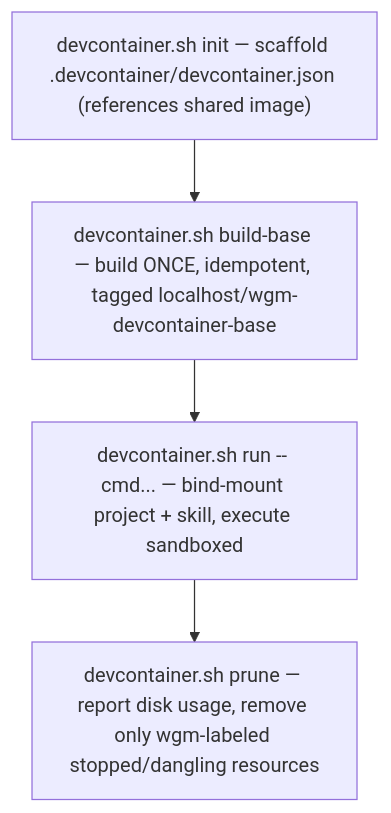
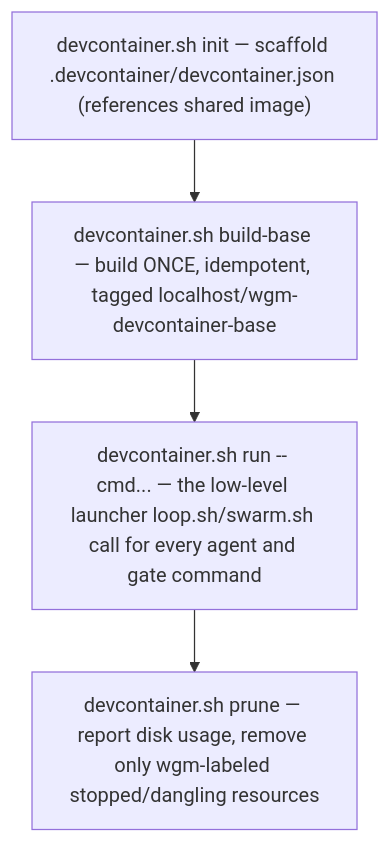
One commit to agent-frontier/wgm changed the diagram in docs/operator/devcontainers.md. Above: the diagram before and after it, drawn with Mermaid. The commit also changed other lines of this file and 17 other files, not shown here.

````diff
--- a/docs/operator/devcontainers.md
+++ b/docs/operator/devcontainers.md
@@ -31,7 +325,7 @@
 ```mermaid
 flowchart TD
   I["devcontainer.sh init — scaffold .devcontainer/devcontainer.json (references shared image)"] --> B
   B["devcontainer.sh build-base — build ONCE, idempotent, tagged localhost/wgm-devcontainer-base"] --> R
-  R["devcontainer.sh run -- cmd... — bind-mount project + skill, execute sandboxed"] --> P
+  R["devcontainer.sh run -- cmd... — the low-level launcher loop.sh/swarm.sh call for every agent and gate command"] --> P
   P["devcontainer.sh prune — report disk usage, remove only wgm-labeled stopped/dangling resources"]
 ```
````
